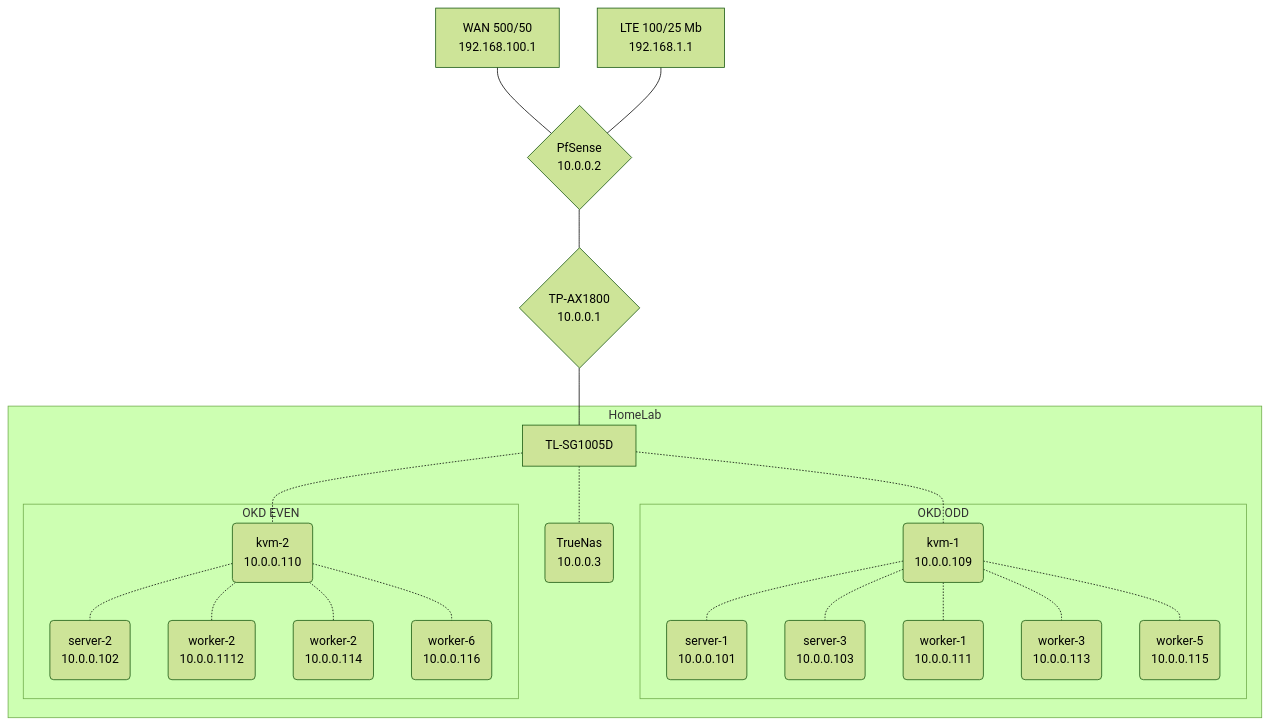
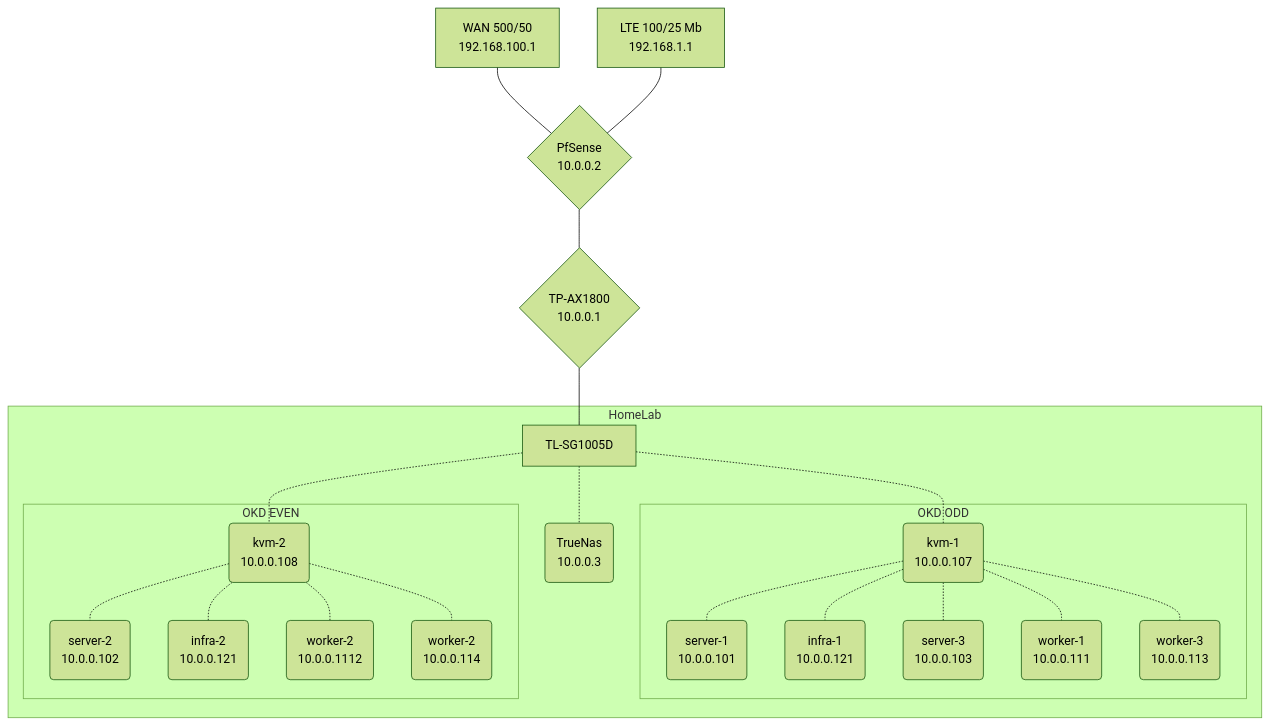
One commit to ArthurVardevanyan/HomeLab changed the diagram in README.md. Above: the diagram before and after it, drawn with Mermaid (forest theme). The commit also changed other lines of this file and 23 other files, not shown here.

Commit message:
RHEL KVM Repave, Infra Convert, Storage Expansion

````diff
--- a/README.md
+++ b/README.md
@@ -101,28 +101,28 @@
 ```mermaid
 graph TD
  linkStyle default interpolate basis
 
 wan1[<center>WAN 500/50<br>192.168.100.1</center>]---router{<center>PfSense<br>10.0.0.2</center>}
 wan2[<center>LTE 100/25 Mb<br>192.168.1.1</center>]---router
 router---ap{<center>TP-AX1800<br>10.0.0.1</center>}
 ap---switch[<center>TL-SG1005D</center>]
 
 subgraph HomeLab
-    switch-.-kvm-1(<center>kvm-1<br>10.0.0.109</center>)
-    switch-.-kvm-2(<center>kvm-2<br>10.0.0.110</center>)
+    switch-.-kvm-1(<center>kvm-1<br>10.0.0.107</center>)
+    switch-.-kvm-2(<center>kvm-2<br>10.0.0.108</center>)
     subgraph OKD ODD
         kvm-1-.-server-1(<center>server-1<br>10.0.0.101</center>)
+        kvm-1-.-infra-1(<center>infra-1<br>10.0.0.121</center>)
         kvm-1-.-server-3(<center>server-3<br>10.0.0.103</center>)
         kvm-1-.-worker-1(<center>worker-1<br>10.0.0.111</center>)
         kvm-1-.-worker-3(<center>worker-3<br>10.0.0.113</center>)
-        kvm-1-.-worker-5(<center>worker-5<br>10.0.0.115</center>)
     end
     switch-.-truenas(<center>TrueNas<br>10.0.0.3</center>)
     subgraph OKD EVEN
         kvm-2-.-server-2(<center>server-2<br>10.0.0.102</center>)
+        kvm-2-.-infra-2(<center>infra-2<br>10.0.0.121</center>)
         kvm-2-.-worker-2(<center>worker-2<br>10.0.0.1112</center>)
         kvm-2-.-worker-4(<center>worker-2<br>10.0.0.114</center>)
-        kvm-2-.-worker-6(<center>worker-6<br>10.0.0.116</center>)
     end
 end
 ```
````
